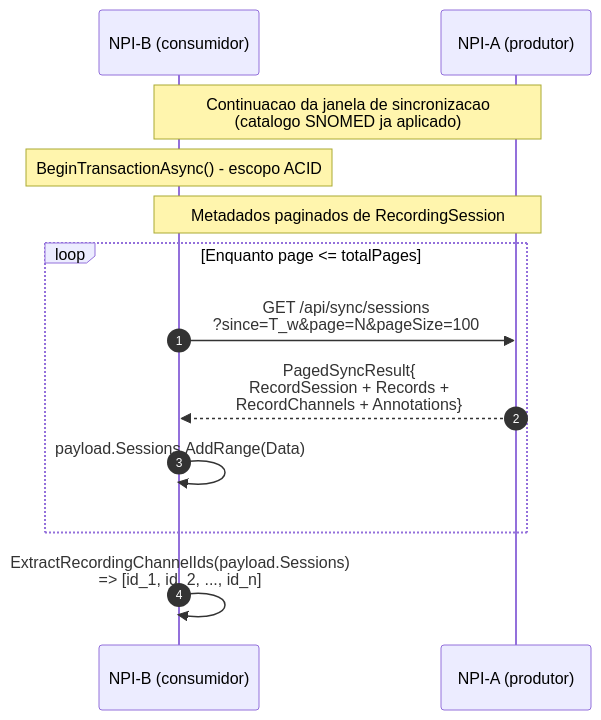
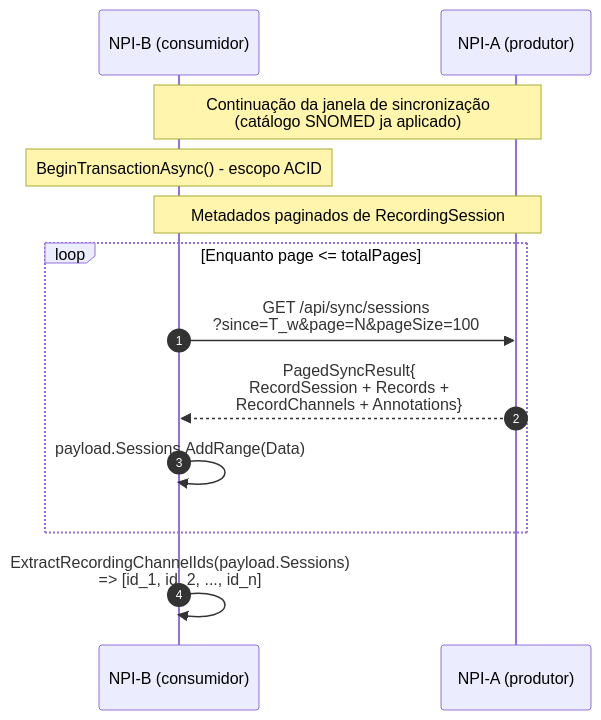
One commit to VitorAndTxr/TCC-Vitor changed the diagram in figuras/Desenvolvimento/NPI/sync-biossinais-1-metadados.mmd. Above: the diagram before and after it, drawn with Mermaid. The commit also changed 15 other files, not shown here.

```diff
--- a/figuras/Desenvolvimento/NPI/sync-biossinais-1-metadados.mmd
+++ b/figuras/Desenvolvimento/NPI/sync-biossinais-1-metadados.mmd
@@ -1,21 +1,21 @@
 %% ============================================================
 %% Sync biossinais - Parte 1/3: metadados paginados
 %% Referenciado em: cap-experimentos-resultados.tex (4.2.5.3)
 %% Label: fig:NPISyncBiossinaisMetadados
 %% ============================================================
 sequenceDiagram
     autonumber
     participant B as NPI-B (consumidor)
     participant A as NPI-A (produtor)
 
-    Note over B,A: Continuacao da janela de sincronizacao<br/>(catalogo SNOMED ja aplicado)
+    Note over B,A: Continuação da janela de sincronização<br/>(catálogo SNOMED ja aplicado)
     Note over B: BeginTransactionAsync() - escopo ACID
 
     Note over B,A: Metadados paginados de RecordingSession
     loop Enquanto page <= totalPages
         B->>A: GET /api/sync/sessions<br/>?since=T_w&page=N&pageSize=100
         A-->>B: PagedSyncResult{<br/>RecordSession + Records +<br/>RecordChannels + Annotations}
         B->>B: payload.Sessions.AddRange(Data)
     end
 
     B->>B: ExtractRecordingChannelIds(payload.Sessions)<br/>=> [id_1, id_2, ..., id_n]
```
